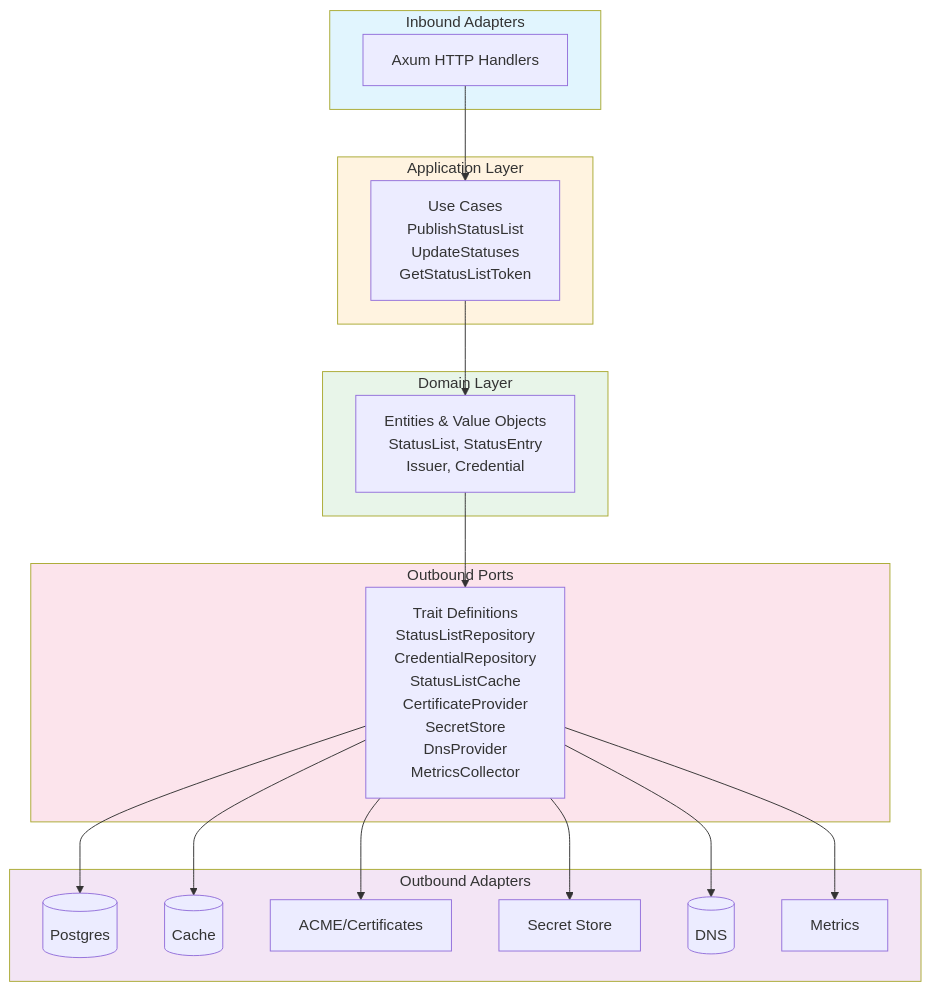
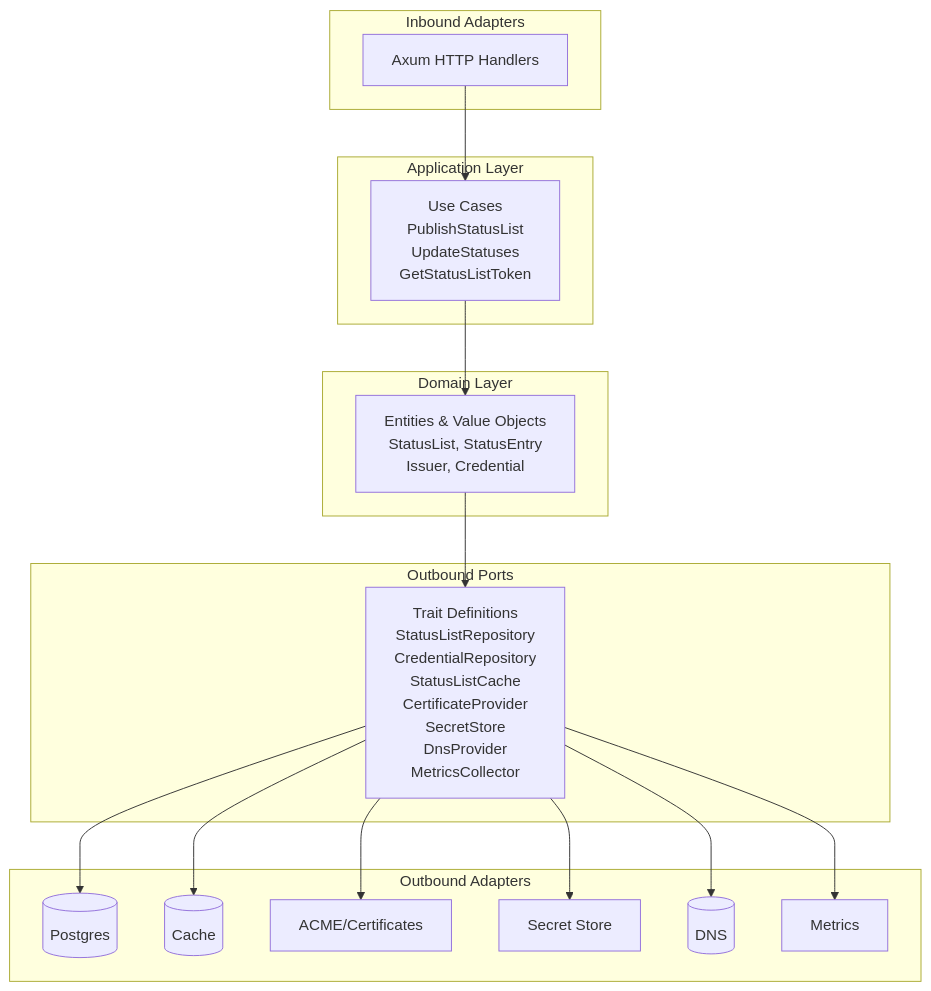
One commit to adorsys/status-list-server changed the diagram in docs/hexagonal-architecture.md. Above: the diagram before and after it, drawn with Mermaid.

Commit message:
Refactor cache and cert manager modules

````diff
--- a/docs/hexagonal-architecture.md
+++ b/docs/hexagonal-architecture.md
@@ -5,43 +5,37 @@
 ```mermaid
 flowchart TB
     subgraph Inbound["Inbound Adapters"]
         Axum[Axum HTTP Handlers]
     end
     
     subgraph Application["Application Layer"]
         UC[Use Cases<br/>PublishStatusList<br/>UpdateStatuses<br/>GetStatusListToken]
     end
     
     subgraph Domain["Domain Layer"]
         Entities[Entities & Value Objects<br/>StatusList, StatusEntry<br/>Issuer, Credential]
     end
     
     subgraph Ports["Outbound Ports"]
         PortTraits[Trait Definitions<br/>StatusListRepository<br/>CredentialRepository<br/>StatusListCache<br/>CertificateProvider<br/>SecretStore<br/>DnsProvider<br/>MetricsCollector]
     end
     
     subgraph Outbound["Outbound Adapters"]
         Postgres[(Postgres)]
         Cache[(Cache)]
         ACME[ACME/Certificates]
         Secrets[Secret Store]
         DNS[(DNS)]
         Metrics[Metrics]
     end
 
     Axum --> UC
     UC --> Entities
     Entities --> PortTraits
     PortTraits --> Postgres
     PortTraits --> Cache
     PortTraits --> ACME
     PortTraits --> Secrets
     PortTraits --> DNS
     PortTraits --> Metrics
-
-    style Inbound fill:#e1f5fe
-    style Application fill:#fff3e0
-    style Domain fill:#e8f5e9
-    style Ports fill:#fce4ec
-    style Outbound fill:#f3e5f5
 ```
````
